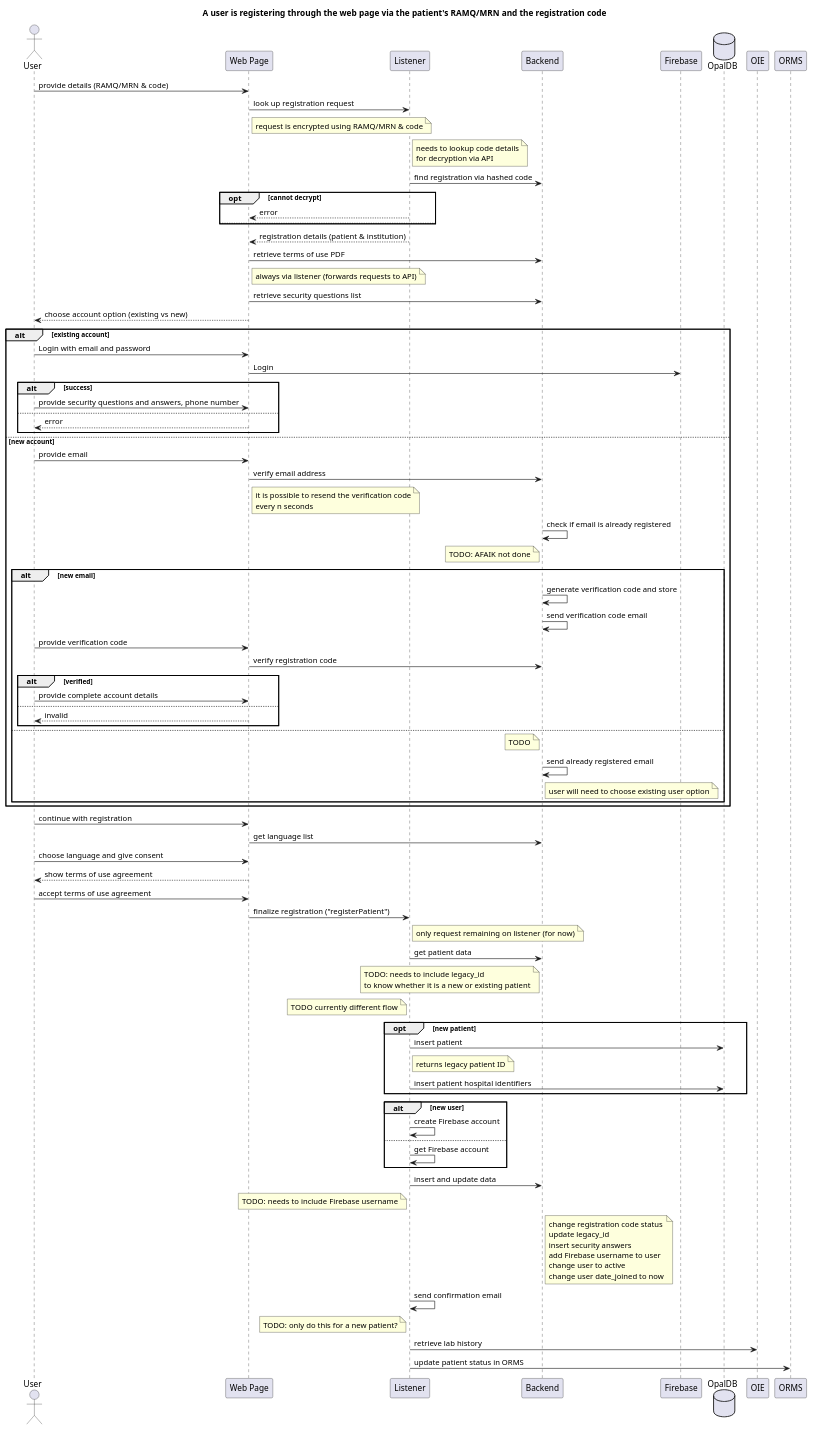
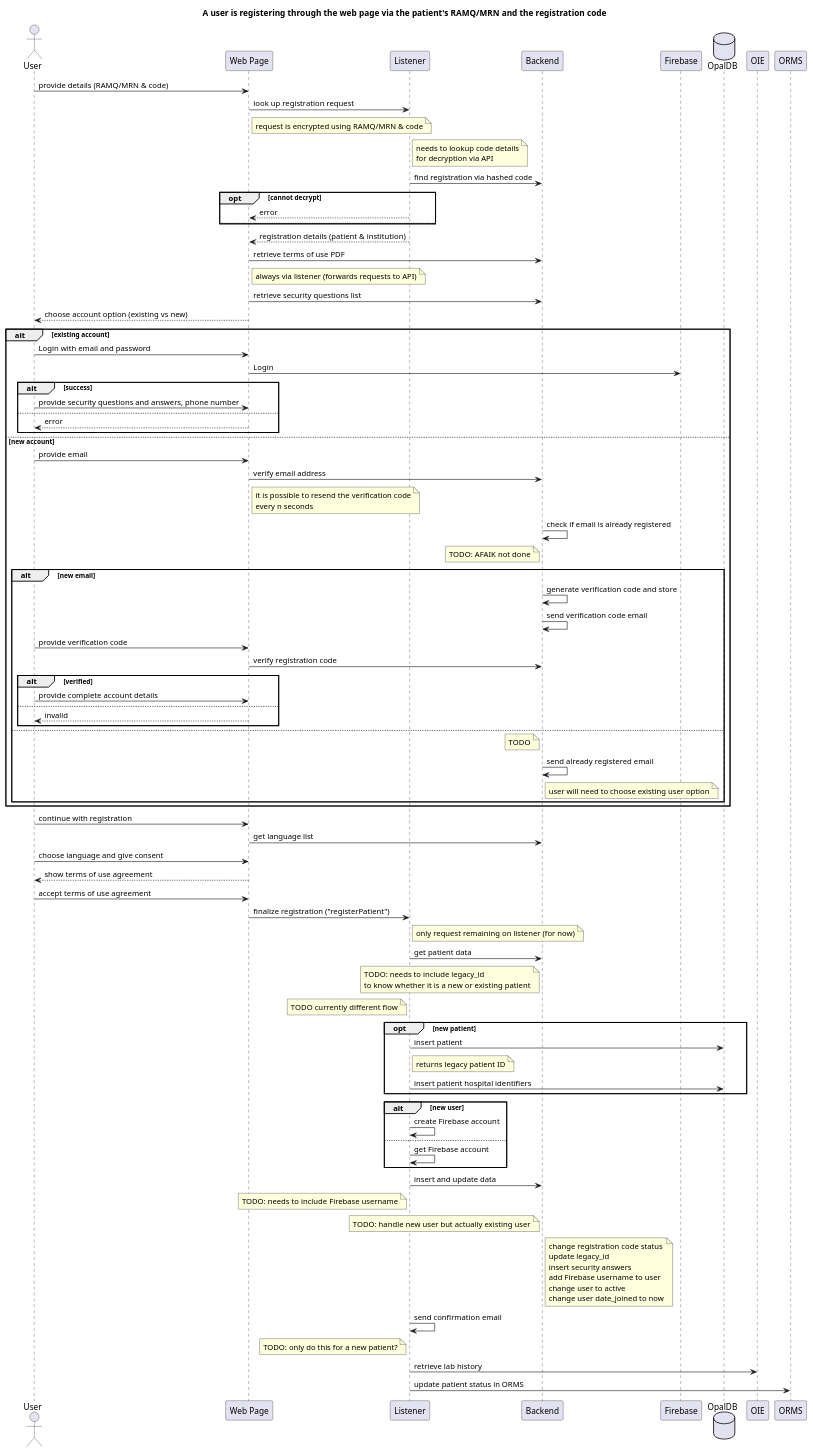
The diagram in docs/architecture/diagrams/registration.puml (opalmedapps/docs), drawn with PlantUML before and after one commit.

Commit message:
add TODO

```diff
--- a/docs/architecture/diagrams/registration.puml
+++ b/docs/architecture/diagrams/registration.puml
@@ -1,97 +1,98 @@
 @startuml sequence
 
 title "A user is registering through the web page via the patient's RAMQ/MRN and the registration code"
 
 actor User
 participant FE as "Web Page"
 participant BE as "Listener"
 participant API as "Backend"
 participant Firebase
 database ODB as "OpalDB"
 participant OIE
 participant ORMS
 
 User -> FE: provide details (RAMQ/MRN & code)
 FE -> BE: look up registration request
 note right of FE: request is encrypted using RAMQ/MRN & code
 note right of BE: needs to lookup code details\nfor decryption via API
 BE -> API: find registration via hashed code
 
 opt cannot decrypt
     BE --> FE: error
 else
 end
 
 BE --> FE: registration details (patient & institution)
 FE -> API: retrieve terms of use PDF
 note right of FE: always via listener (forwards requests to API)
 FE -> API: retrieve security questions list
 FE --> User: choose account option (existing vs new)
 
 alt existing account
     User -> FE: Login with email and password
     FE -> Firebase: Login
 
     alt success
         User -> FE: provide security questions and answers, phone number
     else
         FE --> User: error
     end
 else new account
     User -> FE: provide email
     FE -> API: verify email address
     note right of FE: it is possible to resend the verification code\nevery n seconds
     API -> API: check if email is already registered
     note left of API: TODO: AFAIK not done
     alt new email
         API -> API: generate verification code and store
         API -> API: send verification code email
         User -> FE: provide verification code
         FE -> API: verify registration code
 
         alt verified
             User -> FE: provide complete account details
         else
             FE --> User: invalid
         end
     else
         note left of API: TODO
         API -> API: send already registered email
         note right of API: user will need to choose existing user option
     end
 end
 
 User -> FE: continue with registration
 FE -> API: get language list
 User -> FE: choose language and give consent
 FE --> User: show terms of use agreement
 User -> FE: accept terms of use agreement
 FE -> BE: finalize registration ("registerPatient")
 note right of BE: only request remaining on listener (for now)
 BE -> API: get patient data
 note left of API: TODO: needs to include legacy_id\nto know whether it is a new or existing patient
 
 note left of BE: TODO currently different flow
 opt new patient
     BE -> ODB: insert patient
     note right of BE: returns legacy patient ID
     BE -> ODB: insert patient hospital identifiers
 end
 
 alt new user
     BE -> BE: create Firebase account
 else
     BE -> BE: get Firebase account
 end
 
 BE -> API: insert and update data
 note left of BE: TODO: needs to include Firebase username
+note left of API: TODO: handle new user but actually existing user
 note right of API: change registration code status\nupdate legacy_id\ninsert security answers\nadd Firebase username to user\nchange user to active\nchange user date_joined to now
 
 BE -> BE: send confirmation email
 
 note left of BE: TODO: only do this for a new patient?
 BE -> OIE: retrieve lab history
 BE -> ORMS: update patient status in ORMS
 
 @enduml
```
